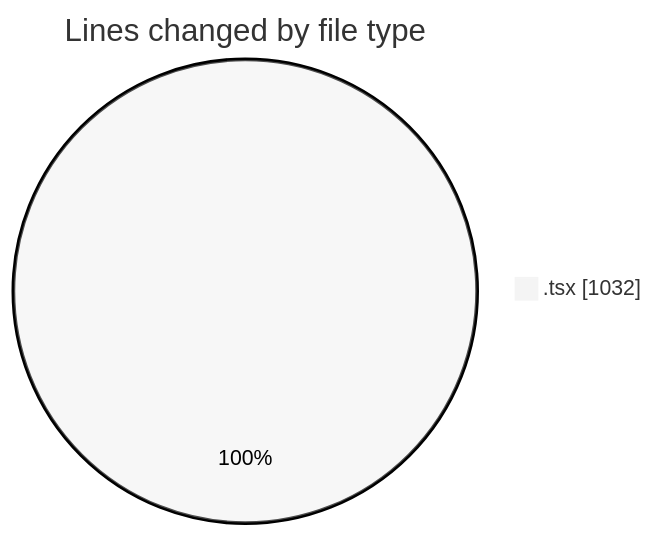
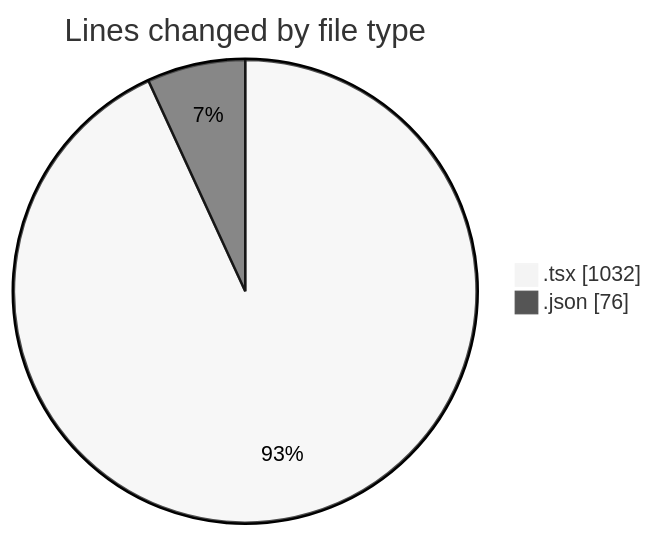
One commit to nxtqubesakshisongat/code-tracking changed the first of 2 diagrams in 2026-03-03/nxtqube_webapp/README.md. Above: the diagram before and after it, drawn with Mermaid (neutral theme). The commit also changed other lines of this file and 1 other file, not shown here.

````diff
--- a/2026-03-03/nxtqube_webapp/README.md
+++ b/2026-03-03/nxtqube_webapp/README.md
@@ -21,5 +22,6 @@
 ```mermaid
 pie showData
 title Lines changed by file type
 ".tsx" : 1032
+".json" : 76
 ```
````
